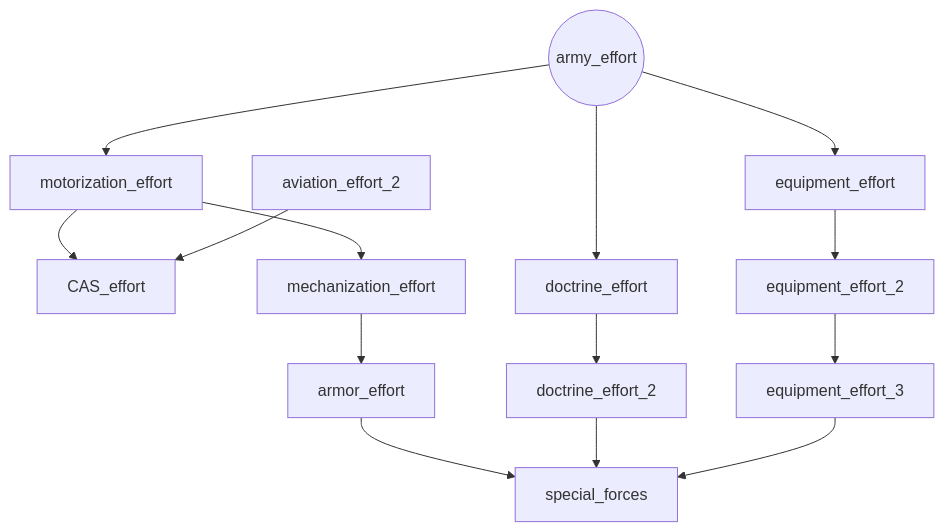
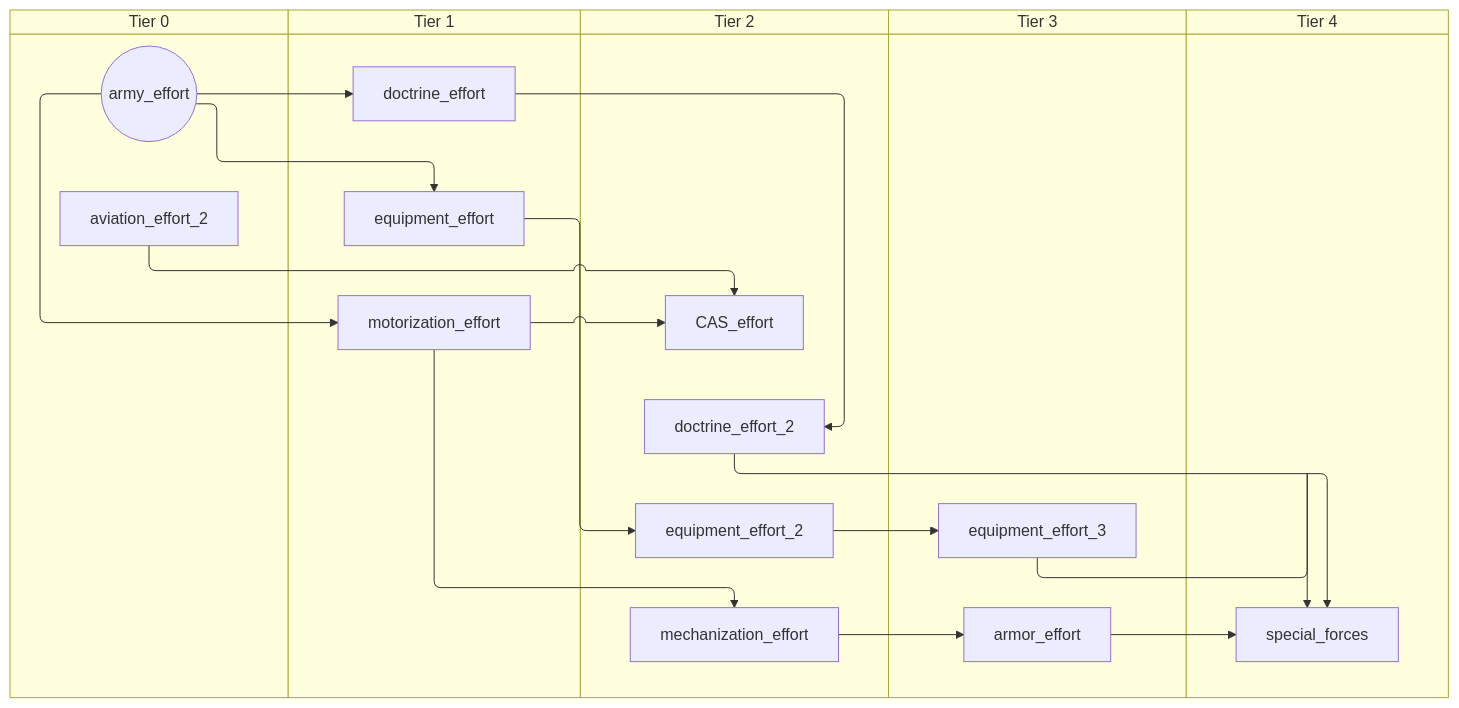
Before and after one commit to evgeny-sobol/hoi4-sandbox-mode: the first of 5 diagrams in docs/gdd/National Focuses/generic.md, drawn with Mermaid. The commit also changed other lines of this file and 80 other files, not shown here.

First line of the commit message:
Add swimlane mode to focus graph exporter

````diff
--- a/docs/gdd/National Focuses/generic.md
+++ b/docs/gdd/National Focuses/generic.md
@@ -3,28 +3,38 @@
 ```mermaid
-flowchart TD
-    n1["CAS_effort"]
-    n2["armor_effort"]
-    n3(("army_effort"))
-    n4["aviation_effort_2"]
-    n5["doctrine_effort"]
-    n6["doctrine_effort_2"]
-    n7["equipment_effort"]
-    n8["equipment_effort_2"]
-    n9["equipment_effort_3"]
-    n10["mechanization_effort"]
-    n11["motorization_effort"]
-    n12["special_forces"]
-    n4 --> n1
-    n11 --> n1
-    n10 --> n2
-    n3 --> n5
+swimlane-beta TD
+    subgraph tier_0["Tier 0"]
+        n1(("army_effort"))
+        n2["aviation_effort_2"]
+    end
+    subgraph tier_1["Tier 1"]
+        n3["doctrine_effort"]
+        n4["equipment_effort"]
+        n5["motorization_effort"]
+    end
+    subgraph tier_2["Tier 2"]
+        n6["CAS_effort"]
+        n7["doctrine_effort_2"]
+        n8["equipment_effort_2"]
+        n9["mechanization_effort"]
+    end
+    subgraph tier_3["Tier 3"]
+        n10["armor_effort"]
+        n11["equipment_effort_3"]
+    end
+    subgraph tier_4["Tier 4"]
+        n12["special_forces"]
+    end
+    n2 --> n6
     n5 --> n6
+    n9 --> n10
+    n1 --> n3
     n3 --> n7
-    n7 --> n8
-    n8 --> n9
-    n11 --> n10
-    n3 --> n11
-    n9 --> n12
-    n6 --> n12
-    n2 --> n12
+    n1 --> n4
+    n4 --> n8
+    n8 --> n11
+    n5 --> n9
+    n1 --> n5
+    n11 --> n12
+    n7 --> n12
+    n10 --> n12
 ```
````
